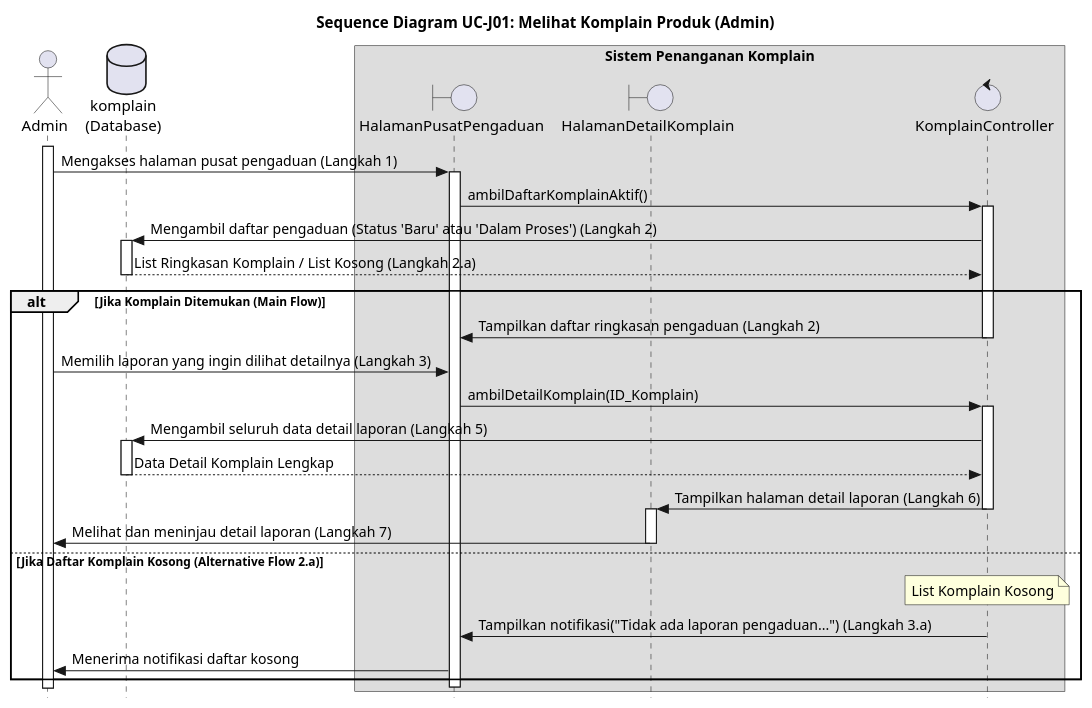
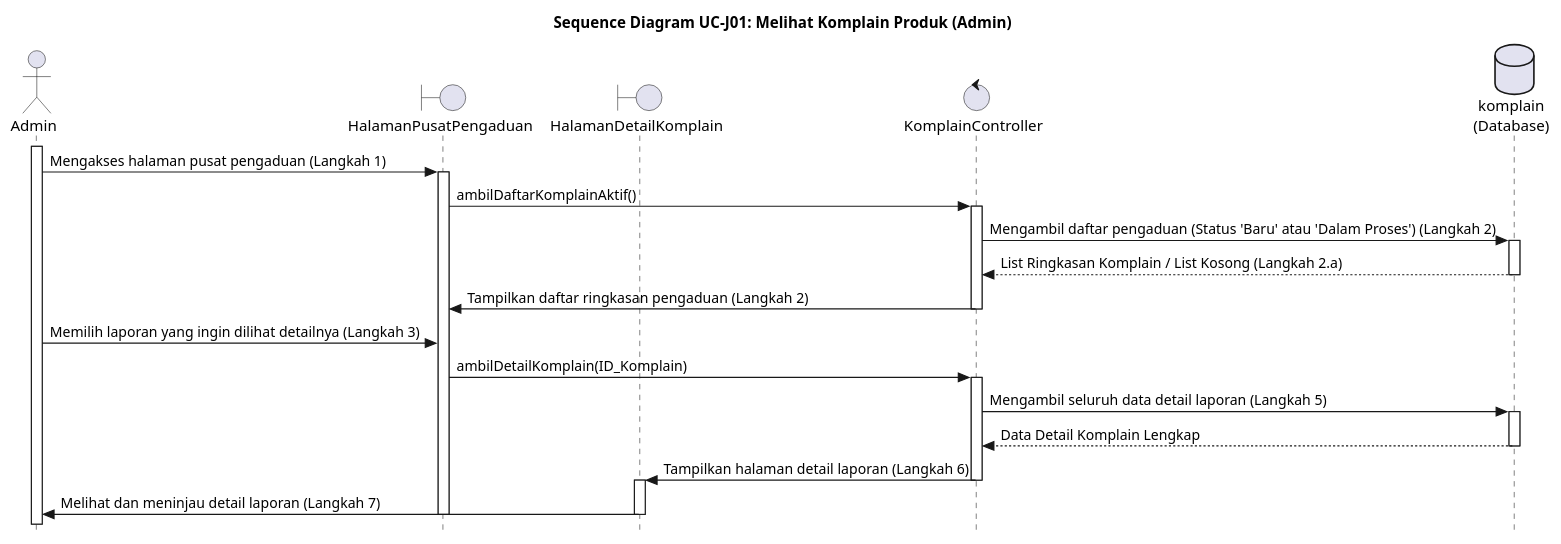
The diagram in UC-J01.PUML (alfiahnurfa/RSI-PROYEK-AKHIR-SEQUENCE), drawn with PlantUML before and after one commit. The commit also changed 57 other files, not shown here.

```diff
--- a/UC-J01.PUML
+++ b/UC-J01.PUML
@@ -1,61 +1,63 @@
 @startuml SD-UC-J01_MelihatKomplainProduk
 title Sequence Diagram UC-J01: Melihat Komplain Produk (Admin)
 skinparam style strictuml
 
 actor Admin
 boundary HalamanPusatPengaduan
 boundary HalamanDetailKomplain
 control KomplainController
 database komplain as "komplain\n(Database)"
 
-box "Sistem Penanganan Komplain"
-    participant HalamanPusatPengaduan
-    participant HalamanDetailKomplain
-    participant KomplainController
-end box
+' box "Sistem Penanganan Komplain"
+'     participant HalamanPusatPengaduan
+'     participant HalamanDetailKomplain
+'     participant KomplainController
+' end box
 
 activate Admin
 Admin -> HalamanPusatPengaduan : Mengakses halaman pusat pengaduan (Langkah 1)
 activate HalamanPusatPengaduan
 
 HalamanPusatPengaduan -> KomplainController : ambilDaftarKomplainAktif()
 activate KomplainController
 
 KomplainController -> komplain : Mengambil daftar pengaduan (Status 'Baru' atau 'Dalam Proses') (Langkah 2)
 activate komplain
 return List Ringkasan Komplain / List Kosong (Langkah 2.a)
 deactivate komplain
 
-alt Jika Komplain Ditemukan (Main Flow)
-    KomplainController -> HalamanPusatPengaduan : Tampilkan daftar ringkasan pengaduan (Langkah 2)
-    deactivate KomplainController
+KomplainController -> HalamanPusatPengaduan : Tampilkan daftar ringkasan pengaduan (Langkah 2)
+deactivate KomplainController
 
-    Admin -> HalamanPusatPengaduan : Memilih laporan yang ingin dilihat detailnya (Langkah 3)
+Admin -> HalamanPusatPengaduan : Memilih laporan yang ingin dilihat detailnya (Langkah 3)
 
-    HalamanPusatPengaduan -> KomplainController : ambilDetailKomplain(ID_Komplain)
-    activate KomplainController
+HalamanPusatPengaduan -> KomplainController : ambilDetailKomplain(ID_Komplain)
+activate KomplainController
 
-    KomplainController -> komplain : Mengambil seluruh data detail laporan (Langkah 5)
-    activate komplain
-    return Data Detail Komplain Lengkap
-    deactivate komplain
+KomplainController -> komplain : Mengambil seluruh data detail laporan (Langkah 5)
+activate komplain
+return Data Detail Komplain Lengkap
+deactivate komplain
 
-    KomplainController -> HalamanDetailKomplain : Tampilkan halaman detail laporan (Langkah 6)
-    deactivate KomplainController
-    activate HalamanDetailKomplain
+KomplainController -> HalamanDetailKomplain : Tampilkan halaman detail laporan (Langkah 6)
+deactivate KomplainController
+activate HalamanDetailKomplain
 
-    HalamanDetailKomplain -> Admin : Melihat dan meninjau detail laporan (Langkah 7)
-    deactivate HalamanDetailKomplain
+HalamanDetailKomplain -> Admin : Melihat dan meninjau detail laporan (Langkah 7)
+deactivate HalamanDetailKomplain
 
-else Jika Daftar Komplain Kosong (Alternative Flow 2.a)
-    note over KomplainController
-        List Komplain Kosong
-    end note
-    KomplainController -> HalamanPusatPengaduan : Tampilkan notifikasi("Tidak ada laporan pengaduan...") (Langkah 3.a)
-    deactivate KomplainController
+' alt Jika Komplain Ditemukan (Main Flow)
 
-    HalamanPusatPengaduan -> Admin : Menerima notifikasi daftar kosong
-end alt
+
+' else Jika Daftar Komplain Kosong (Alternative Flow 2.a)
+'     note over KomplainController
+'         List Komplain Kosong
+'     end note
+'     KomplainController -> HalamanPusatPengaduan : Tampilkan notifikasi("Tidak ada laporan pengaduan...") (Langkah 3.a)
+'     deactivate KomplainController
+
+'     HalamanPusatPengaduan -> Admin : Menerima notifikasi daftar kosong
+' end alt
 deactivate HalamanPusatPengaduan
 
 @enduml
```
